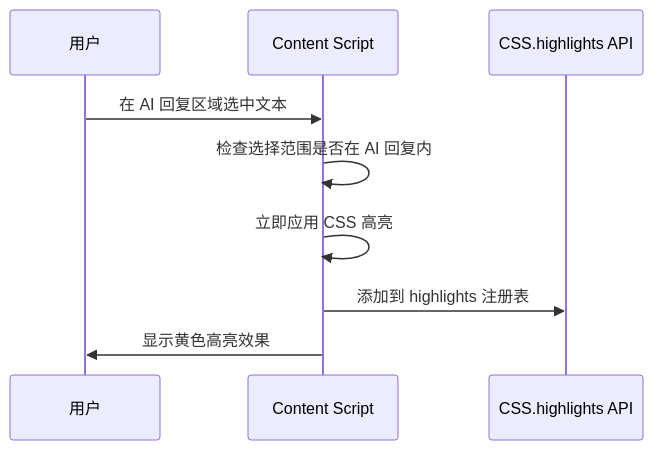
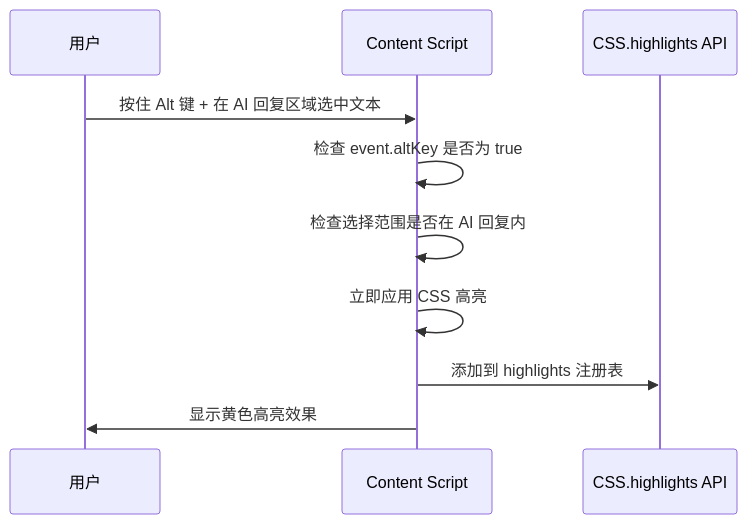
One commit to MarssZ/Highlight-by-Marss changed the first of 3 diagrams in specs/highlight-by-marss/CORE-FEATURES.md. Above: the diagram before and after it, drawn with Mermaid. The commit also changed other lines of this file and 4 other files, not shown here.

````diff
--- a/specs/highlight-by-marss/CORE-FEATURES.md
+++ b/specs/highlight-by-marss/CORE-FEATURES.md
@@ -31,12 +31,13 @@
 ```mermaid
 sequenceDiagram
     participant U as 用户
     participant C as Content Script
     participant H as CSS.highlights API
 
-    U->>C: 在 AI 回复区域选中文本
+    U->>C: 按住 Alt 键 + 在 AI 回复区域选中文本
+    C->>C: 检查 event.altKey 是否为 true
     C->>C: 检查选择范围是否在 AI 回复内
     C->>C: 立即应用 CSS 高亮
     C->>H: 添加到 highlights 注册表
     C->>U: 显示黄色高亮效果
 ```
````
